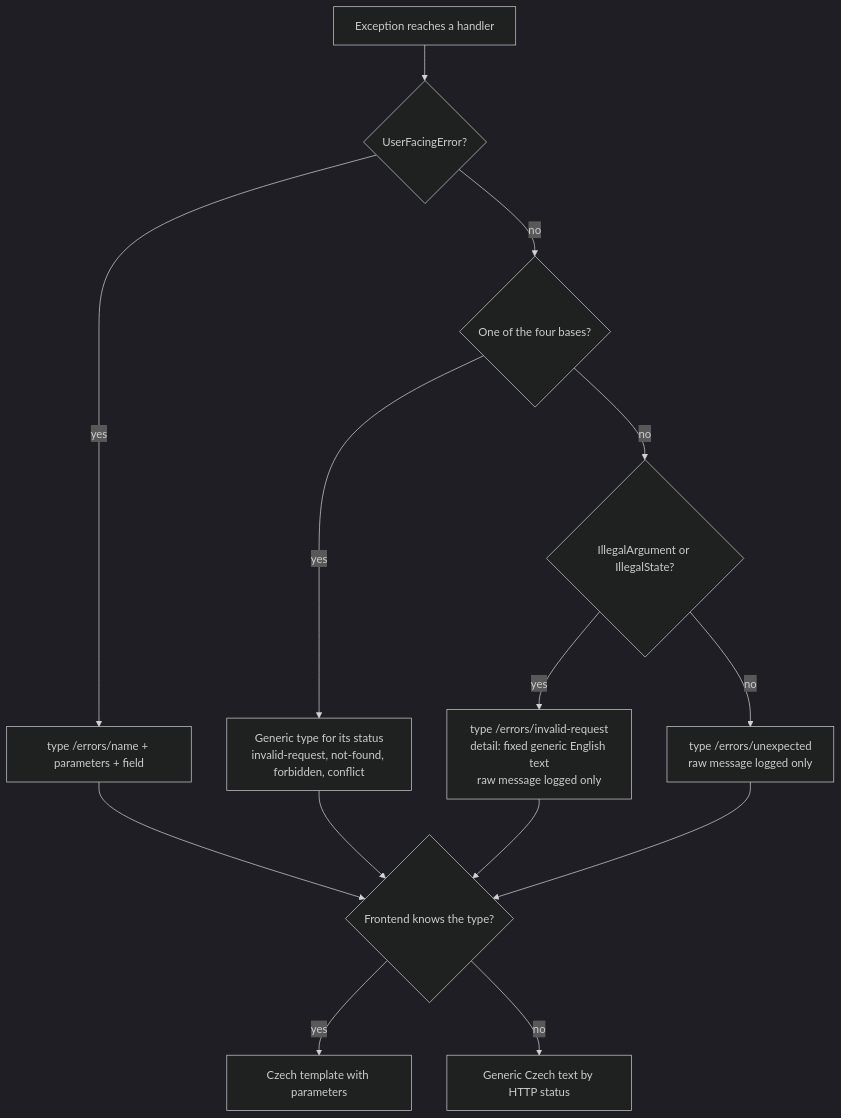
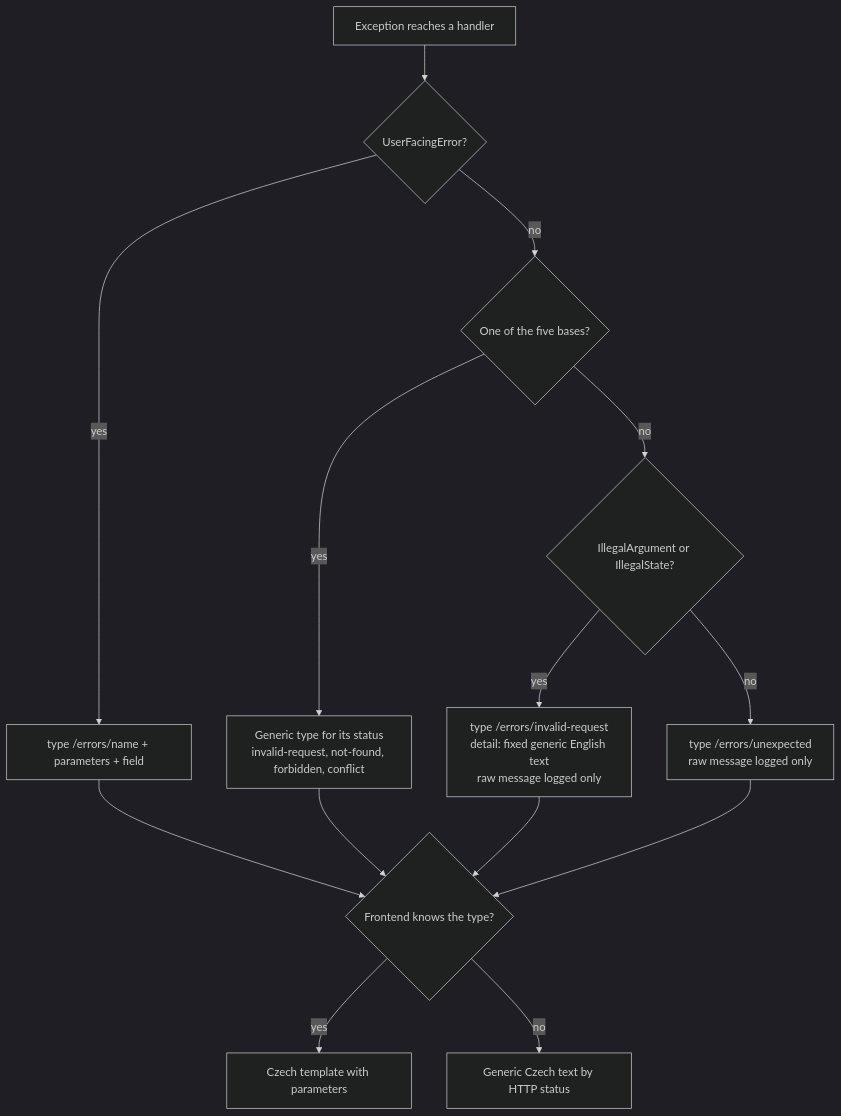
Before and after one commit to zabiny/klabis: the third of 4 diagrams in openspec/changes/show-error-messages-in-czech/design.md, drawn with Mermaid (dark theme). The commit also changed other lines of this file and 32 other files, not shown here.

````diff
--- a/openspec/changes/show-error-messages-in-czech/design.md
+++ b/openspec/changes/show-error-messages-in-czech/design.md
@@ -182,16 +183,16 @@
 ```mermaid
 flowchart TD
     E[Exception reaches a handler] --> Q1{UserFacingError?}
     Q1 -- yes --> T[type /errors/name + parameters + field]
-    Q1 -- no --> B{One of the four bases?}
+    Q1 -- no --> B{One of the five bases?}
     B -- yes --> GS[Generic type for its status<br/>invalid-request, not-found, forbidden, conflict]
     B -- no --> I{IllegalArgument or IllegalState?}
     I -- yes --> GB[type /errors/invalid-request<br/>detail: fixed generic English text<br/>raw message logged only]
     I -- no --> GU[type /errors/unexpected<br/>raw message logged only]
     T --> FE{Frontend knows the type?}
     GS --> FE
     GB --> FE
     GU --> FE
     FE -- yes --> CZ[Czech template with parameters]
     FE -- no --> ST[Generic Czech text by HTTP status]
 ```
````
